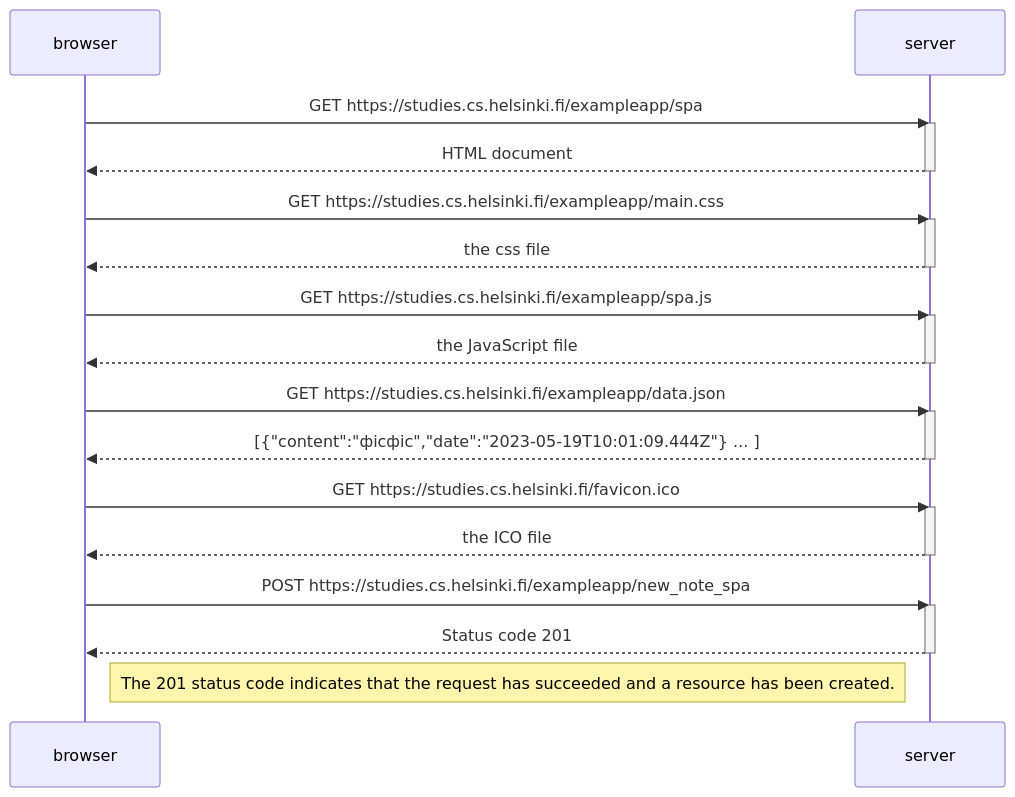
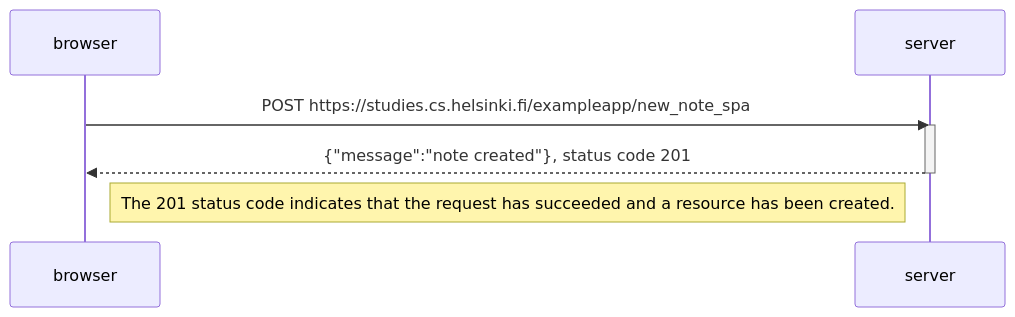
Before and after one commit to AkseliManninen/Full-Stack-Open: the diagram in 0sa-0/0.6.md, drawn with Mermaid.

````diff
--- a/0sa-0/0.6.md
+++ b/0sa-0/0.6.md
@@ -1,37 +1,12 @@
 ```mermaid
 sequenceDiagram
     participant browser
     participant server
     
-    browser->>server: GET https://studies.cs.helsinki.fi/exampleapp/spa
-    activate server
-    server-->>browser: HTML document
-    deactivate server
-        
-    browser->>server: GET https://studies.cs.helsinki.fi/exampleapp/main.css
-    activate server
-    server-->>browser: the css file
-    deactivate server
-    
-    browser->>server: GET https://studies.cs.helsinki.fi/exampleapp/spa.js
-    activate server
-    server-->>browser: the JavaScript file
-    deactivate server
-        
-    browser->>server: GET https://studies.cs.helsinki.fi/exampleapp/data.json 
-    activate server
-    server-->>browser: [{"content":"фісфіс","date":"2023-05-19T10:01:09.444Z"} ... ]
-    deactivate server    
-    
-    browser->>server: GET https://studies.cs.helsinki.fi/favicon.ico
-    activate server
-    server-->>browser: the ICO file
-    deactivate server  
-    
     browser->>server: POST https://studies.cs.helsinki.fi/exampleapp/new_note_spa
     activate server
-    server-->>browser: Status code 201
+    server-->>browser: {"message":"note created"}, status code 201
     deactivate server
     
     Note right of browser: The 201 status code indicates that the request has succeeded and a resource has been created.
  ```
````
